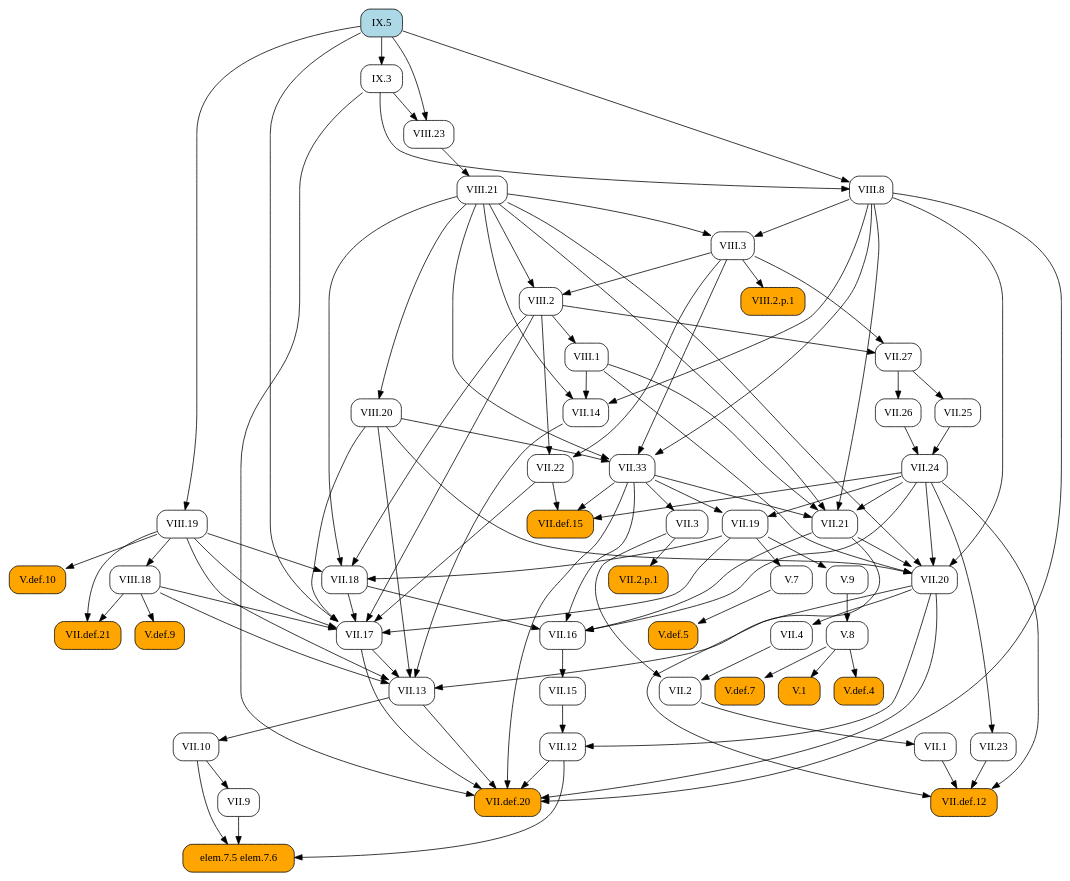
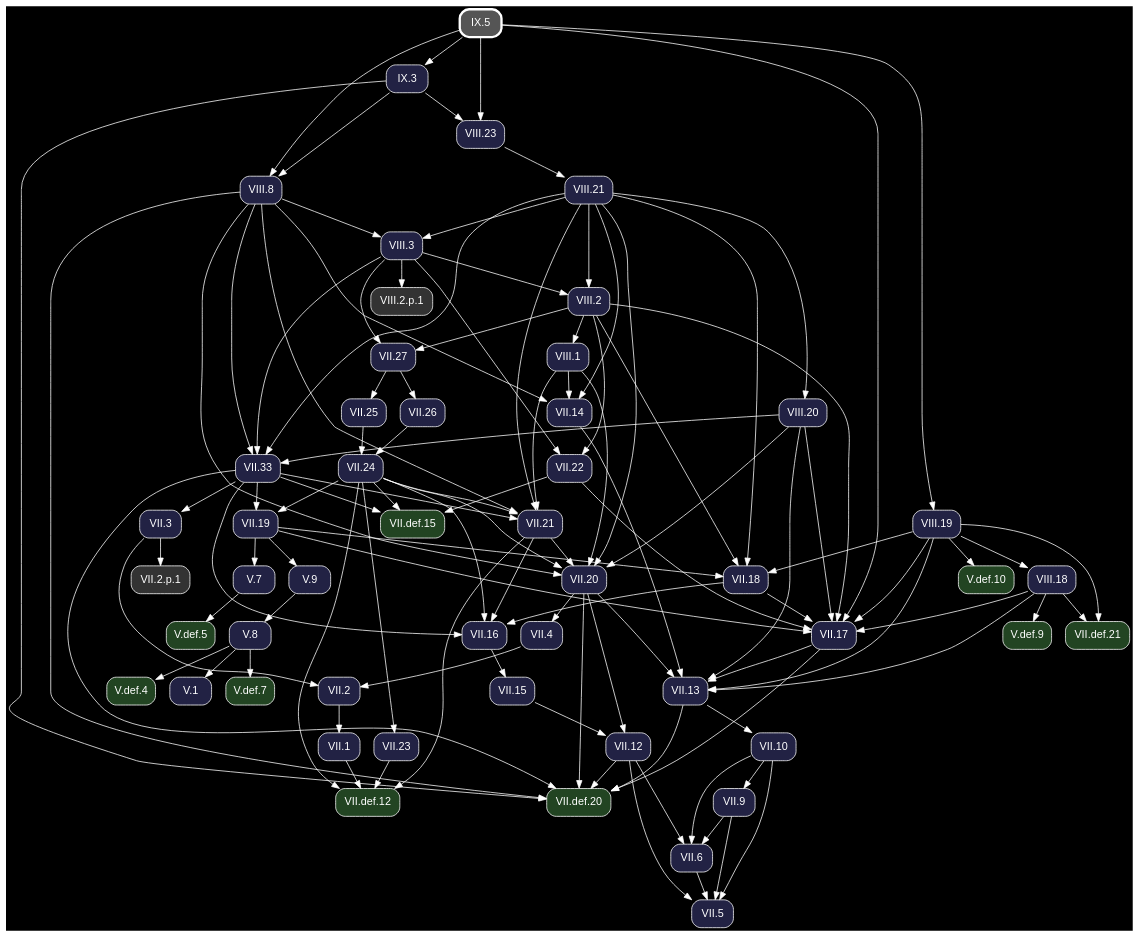
The diagram in docsrc/heath/IX/5/index.rst (geometor/elements), drawn with Graphviz before and after one commit. The commit also changed other lines of this file and 1200 other files, not shown here.

Commit message:
update dependency graphs

```diff
--- a/docsrc/heath/IX/5/index.rst
+++ b/docsrc/heath/IX/5/index.rst
@@ -36,112 +36,71 @@
 .. graphviz::
 
    digraph {
+     bgcolor="black";
+     node [shape=box, style="rounded,filled", fontname="Helvetica", color="white", fontcolor="white"];
+     edge [color="white", fontcolor="white"];
      rankdir="TB";
-     node [shape=box, style=rounded];
-     "VII.33" [URL="/heath/VII/33/", target="_top"];
-     "VII.12" [URL="/heath/VII/12/", target="_top"];
-     "elem.7.5 elem.7.6" [style="rounded,filled", fillcolor=orange];
-     "VIII.20" [URL="/heath/VIII/20/", target="_top"];
-     "VII.9" [URL="/heath/VII/9/", target="_top"];
-     "VIII.2" [URL="/heath/VIII/2/", target="_top"];
-     "VII.18" [URL="/heath/VII/18/", target="_top"];
-     "VII.16" [URL="/heath/VII/16/", target="_top"];
-     "V.7" [URL="/heath/V/7/", target="_top"];
-     "VII.26" [URL="/heath/VII/26/", target="_top"];
-     "V.def.5" [style="rounded,filled", fillcolor=orange, URL="/heath/V/def.5/", target="_top"];
-     "V.9" [URL="/heath/V/9/", target="_top"];
-     "VIII.8" [URL="/heath/VIII/8/", target="_top"];
-     "VII.10" [URL="/heath/VII/10/", target="_top"];
-     "VIII.3" [URL="/heath/VIII/3/", target="_top"];
-     "VII.13" [URL="/heath/VII/13/", target="_top"];
-     "VIII.18" [URL="/heath/VIII/18/", target="_top"];
-     "VIII.23" [URL="/heath/VIII/23/", target="_top"];
-     "VII.def.15" [style="rounded,filled", fillcolor=orange, URL="/heath/VII/def.15/", target="_top"];
-     "VIII.19" [URL="/heath/VIII/19/", target="_top"];
-     "VII.17" [URL="/heath/VII/17/", target="_top"];
-     "VII.19" [URL="/heath/VII/19/", target="_top"];
-     "VIII.2.p.1" [style="rounded,filled", fillcolor=orange];
-     "VII.2" [URL="/heath/VII/2/", target="_top"];
-     "VII.def.20" [style="rounded,filled", fillcolor=orange, URL="/heath/VII/def.20/", target="_top"];
-     "VII.2.p.1" [style="rounded,filled", fillcolor=orange];
-     "VII.15" [URL="/heath/VII/15/", target="_top"];
-     "V.def.4" [style="rounded,filled", fillcolor=orange, URL="/heath/V/def.4/", target="_top"];
-     "V.def.7" [style="rounded,filled", fillcolor=orange, URL="/heath/V/def.7/", target="_top"];
-     "VIII.21" [URL="/heath/VIII/21/", target="_top"];
-     "VII.14" [URL="/heath/VII/14/", target="_top"];
-     "VII.27" [URL="/heath/VII/27/", target="_top"];
-     "VII.21" [URL="/heath/VII/21/", target="_top"];
-     "IX.5" [style="rounded,filled", fillcolor=lightblue, URL="/heath/IX/5/", target="_top"];
-     "V.def.10" [style="rounded,filled", fillcolor=orange, URL="/heath/V/def.10/", target="_top"];
-     "VII.22" [URL="/heath/VII/22/", target="_top"];
-     "VIII.1" [URL="/heath/VIII/1/", target="_top"];
-     "VII.25" [URL="/heath/VII/25/", target="_top"];
-     "VII.1" [URL="/heath/VII/1/", target="_top"];
-     "V.8" [URL="/heath/V/8/", target="_top"];
-     "VII.23" [URL="/heath/VII/23/", target="_top"];
-     "VII.4" [URL="/heath/VII/4/", target="_top"];
-     "VII.def.12" [style="rounded,filled", fillcolor=orange, URL="/heath/VII/def.12/", target="_top"];
-     "V.1" [style="rounded,filled", fillcolor=orange, URL="/heath/V/1/", target="_top"];
-     "V.def.9" [style="rounded,filled", fillcolor=orange, URL="/heath/V/def.9/", target="_top"];
-     "VII.3" [URL="/heath/VII/3/", target="_top"];
-     "VII.24" [URL="/heath/VII/24/", target="_top"];
-     "VII.20" [URL="/heath/VII/20/", target="_top"];
-     "IX.3" [URL="/heath/IX/3/", target="_top"];
-     "VII.def.21" [style="rounded,filled", fillcolor=orange, URL="/heath/VII/def.21/", target="_top"];
+     "VII.33" [fillcolor="#222244", URL="/heath/VII/33/", target="_top"];
+     "V.def.5" [fillcolor="#224422", URL="/heath/V/def.5/", target="_top"];
+     "V.def.9" [fillcolor="#224422", URL="/heath/V/def.9/", target="_top"];
+     "IX.5" [penwidth=3, color="white", fillcolor="#555555", URL="/heath/IX/5/", target="_top"];
+     "VII.18" [fillcolor="#222244", URL="/heath/VII/18/", target="_top"];
+     "VII.2" [fillcolor="#222244", URL="/heath/VII/2/", target="_top"];
+     "VII.def.20" [fillcolor="#224422", URL="/heath/VII/def.20/", target="_top"];
+     "VIII.8" [fillcolor="#222244", URL="/heath/VIII/8/", target="_top"];
+     "VIII.21" [fillcolor="#222244", URL="/heath/VIII/21/", target="_top"];
+     "VII.26" [fillcolor="#222244", URL="/heath/VII/26/", target="_top"];
+     "VII.1" [fillcolor="#222244", URL="/heath/VII/1/", target="_top"];
+     "VII.13" [fillcolor="#222244", URL="/heath/VII/13/", target="_top"];
+     "VIII.2.p.1" [fillcolor="#333333"];
+     "VII.27" [fillcolor="#222244", URL="/heath/VII/27/", target="_top"];
+     "VII.4" [fillcolor="#222244", URL="/heath/VII/4/", target="_top"];
+     "IX.3" [fillcolor="#222244", URL="/heath/IX/3/", target="_top"];
+     "VII.25" [fillcolor="#222244", URL="/heath/VII/25/", target="_top"];
+     "V.def.10" [fillcolor="#224422", URL="/heath/V/def.10/", target="_top"];
+     "VIII.20" [fillcolor="#222244", URL="/heath/VIII/20/", target="_top"];
+     "VII.21" [fillcolor="#222244", URL="/heath/VII/21/", target="_top"];
+     "VII.9" [fillcolor="#222244", URL="/heath/VII/9/", target="_top"];
+     "V.7" [fillcolor="#222244", URL="/heath/V/7/", target="_top"];
+     "VII.12" [fillcolor="#222244", URL="/heath/VII/12/", target="_top"];
+     "V.9" [fillcolor="#222244", URL="/heath/V/9/", target="_top"];
+     "VII.17" [fillcolor="#222244", URL="/heath/VII/17/", target="_top"];
+     "VII.24" [fillcolor="#222244", URL="/heath/VII/24/", target="_top"];
+     "VII.22" [fillcolor="#222244", URL="/heath/VII/22/", target="_top"];
+     "VIII.2" [fillcolor="#222244", URL="/heath/VIII/2/", target="_top"];
+     "V.def.7" [fillcolor="#224422", URL="/heath/V/def.7/", target="_top"];
+     "VII.20" [fillcolor="#222244", URL="/heath/VII/20/", target="_top"];
+     "V.def.4" [fillcolor="#224422", URL="/heath/V/def.4/", target="_top"];
+     "VIII.18" [fillcolor="#222244", URL="/heath/VIII/18/", target="_top"];
+     "VII.5" [fillcolor="#222244", URL="/heath/VII/5/", target="_top"];
+     "VIII.23" [fillcolor="#222244", URL="/heath/VIII/23/", target="_top"];
+     "VII.def.15" [fillcolor="#224422", URL="/heath/VII/def.15/", target="_top"];
+     "VIII.3" [fillcolor="#222244", URL="/heath/VIII/3/", target="_top"];
+     "VII.2.p.1" [fillcolor="#333333"];
+     "VII.6" [fillcolor="#222244", URL="/heath/VII/6/", target="_top"];
+     "VII.16" [fillcolor="#222244", URL="/heath/VII/16/", target="_top"];
+     "VII.15" [fillcolor="#222244", URL="/heath/VII/15/", target="_top"];
+     "V.1" [fillcolor="#222244", URL="/heath/V/1/", target="_top"];
+     "VII.10" [fillcolor="#222244", URL="/heath/VII/10/", target="_top"];
+     "VIII.19" [fillcolor="#222244", URL="/heath/VIII/19/", target="_top"];
+     "VII.23" [fillcolor="#222244", URL="/heath/VII/23/", target="_top"];
+     "VII.def.12" [fillcolor="#224422", URL="/heath/VII/def.12/", target="_top"];
+     "VII.def.21" [fillcolor="#224422", URL="/heath/VII/def.21/", target="_top"];
+     "VII.19" [fillcolor="#222244", URL="/heath/VII/19/", target="_top"];
+     "VIII.1" [fillcolor="#222244", URL="/heath/VIII/1/", target="_top"];
+     "V.8" [fillcolor="#222244", URL="/heath/V/8/", target="_top"];
+     "VII.3" [fillcolor="#222244", URL="/heath/VII/3/", target="_top"];
+     "VII.14" [fillcolor="#222244", URL="/heath/VII/14/", target="_top"];
      "VIII.3" -> "VII.33";
      "VIII.8" -> "VII.33";
      "VIII.20" -> "VII.33";
      "VIII.21" -> "VII.33";
-     "VII.15" -> "VII.12";
-     "VII.20" -> "VII.12";
-     "VII.9" -> "elem.7.5 elem.7.6";
-     "VII.10" -> "elem.7.5 elem.7.6";
-     "VII.12" -> "elem.7.5 elem.7.6";
-     "VIII.21" -> "VIII.20";
-     "VII.10" -> "VII.9";
-     "VIII.3" -> "VIII.2";
-     "VIII.21" -> "VIII.2";
+     "V.7" -> "V.def.5";
+     "VIII.18" -> "V.def.9";
      "VII.19" -> "VII.18";
      "VIII.2" -> "VII.18";
      "VIII.19" -> "VII.18";
      "VIII.21" -> "VII.18";
-     "VII.18" -> "VII.16";
-     "VII.21" -> "VII.16";
-     "VII.24" -> "VII.16";
-     "VII.33" -> "VII.16";
-     "VII.19" -> "V.7";
-     "VII.27" -> "VII.26";
-     "V.7" -> "V.def.5";
-     "VII.19" -> "V.9";
-     "IX.3" -> "VIII.8";
-     "IX.5" -> "VIII.8";
-     "VII.13" -> "VII.10";
-     "VIII.8" -> "VIII.3";
-     "VIII.21" -> "VIII.3";
-     "VII.14" -> "VII.13";
-     "VII.17" -> "VII.13";
-     "VII.20" -> "VII.13";
-     "VIII.18" -> "VII.13";
-     "VIII.19" -> "VII.13";
-     "VIII.20" -> "VII.13";
-     "VIII.19" -> "VIII.18";
-     "IX.3" -> "VIII.23";
-     "IX.5" -> "VIII.23";
-     "VII.22" -> "VII.def.15";
-     "VII.24" -> "VII.def.15";
-     "VII.33" -> "VII.def.15";
-     "IX.5" -> "VIII.19";
-     "VII.18" -> "VII.17";
-     "VII.19" -> "VII.17";
-     "VII.22" -> "VII.17";
-     "VIII.2" -> "VII.17";
-     "VIII.18" -> "VII.17";
-     "VIII.19" -> "VII.17";
-     "VIII.20" -> "VII.17";
-     "IX.5" -> "VII.17";
-     "VII.24" -> "VII.19";
-     "VII.33" -> "VII.19";
-     "VIII.3" -> "VIII.2.p.1";
      "VII.3" -> "VII.2";
      "VII.4" -> "VII.2";
      "VII.12" -> "VII.def.20";
@@ -151,46 +110,94 @@
      "VII.33" -> "VII.def.20";
      "VIII.8" -> "VII.def.20";
      "IX.3" -> "VII.def.20";
-     "VII.3" -> "VII.2.p.1";
-     "VII.16" -> "VII.15";
-     "V.8" -> "V.def.4";
-     "V.8" -> "V.def.7";
+     "IX.3" -> "VIII.8";
+     "IX.5" -> "VIII.8";
      "VIII.23" -> "VIII.21";
-     "VIII.1" -> "VII.14";
-     "VIII.8" -> "VII.14";
-     "VIII.21" -> "VII.14";
+     "VII.27" -> "VII.26";
+     "VII.2" -> "VII.1";
+     "VII.14" -> "VII.13";
+     "VII.17" -> "VII.13";
+     "VII.20" -> "VII.13";
+     "VIII.18" -> "VII.13";
+     "VIII.19" -> "VII.13";
+     "VIII.20" -> "VII.13";
+     "VIII.3" -> "VIII.2.p.1";
      "VIII.2" -> "VII.27";
      "VIII.3" -> "VII.27";
+     "VII.20" -> "VII.4";
+     "IX.5" -> "IX.3";
+     "VII.27" -> "VII.25";
+     "VIII.19" -> "V.def.10";
+     "VIII.21" -> "VIII.20";
      "VII.24" -> "VII.21";
      "VII.33" -> "VII.21";
      "VIII.1" -> "VII.21";
      "VIII.8" -> "VII.21";
      "VIII.21" -> "VII.21";
-     "VIII.19" -> "V.def.10";
+     "VII.10" -> "VII.9";
+     "VII.19" -> "V.7";
+     "VII.15" -> "VII.12";
+     "VII.20" -> "VII.12";
+     "VII.19" -> "V.9";
+     "VII.18" -> "VII.17";
+     "VII.19" -> "VII.17";
+     "VII.22" -> "VII.17";
+     "VIII.2" -> "VII.17";
+     "VIII.18" -> "VII.17";
+     "VIII.19" -> "VII.17";
+     "VIII.20" -> "VII.17";
+     "IX.5" -> "VII.17";
+     "VII.25" -> "VII.24";
+     "VII.26" -> "VII.24";
      "VIII.2" -> "VII.22";
      "VIII.3" -> "VII.22";
-     "VIII.2" -> "VIII.1";
-     "VII.27" -> "VII.25";
-     "VII.2" -> "VII.1";
-     "V.9" -> "V.8";
-     "VII.24" -> "VII.23";
-     "VII.20" -> "VII.4";
-     "VII.1" -> "VII.def.12";
-     "VII.21" -> "VII.def.12";
-     "VII.23" -> "VII.def.12";
-     "VII.24" -> "VII.def.12";
-     "V.8" -> "V.1";
-     "VIII.18" -> "V.def.9";
-     "VII.33" -> "VII.3";
-     "VII.25" -> "VII.24";
-     "VII.26" -> "VII.24";
+     "VIII.3" -> "VIII.2";
+     "VIII.21" -> "VIII.2";
+     "V.8" -> "V.def.7";
      "VII.21" -> "VII.20";
      "VII.24" -> "VII.20";
      "VIII.1" -> "VII.20";
      "VIII.8" -> "VII.20";
      "VIII.20" -> "VII.20";
      "VIII.21" -> "VII.20";
-     "IX.5" -> "IX.3";
+     "V.8" -> "V.def.4";
+     "VIII.19" -> "VIII.18";
+     "VII.6" -> "VII.5";
+     "VII.9" -> "VII.5";
+     "VII.10" -> "VII.5";
+     "VII.12" -> "VII.5";
+     "IX.3" -> "VIII.23";
+     "IX.5" -> "VIII.23";
+     "VII.22" -> "VII.def.15";
+     "VII.24" -> "VII.def.15";
+     "VII.33" -> "VII.def.15";
+     "VIII.8" -> "VIII.3";
+     "VIII.21" -> "VIII.3";
+     "VII.3" -> "VII.2.p.1";
+     "VII.9" -> "VII.6";
+     "VII.10" -> "VII.6";
+     "VII.12" -> "VII.6";
+     "VII.18" -> "VII.16";
+     "VII.21" -> "VII.16";
+     "VII.24" -> "VII.16";
+     "VII.33" -> "VII.16";
+     "VII.16" -> "VII.15";
+     "V.8" -> "V.1";
+     "VII.13" -> "VII.10";
+     "IX.5" -> "VIII.19";
+     "VII.24" -> "VII.23";
+     "VII.1" -> "VII.def.12";
+     "VII.21" -> "VII.def.12";
+     "VII.23" -> "VII.def.12";
+     "VII.24" -> "VII.def.12";
      "VIII.18" -> "VII.def.21";
      "VIII.19" -> "VII.def.21";
+     "VII.24" -> "VII.19";
+     "VII.33" -> "VII.19";
+     "VIII.2" -> "VIII.1";
+     "V.9" -> "V.8";
+     "VII.33" -> "VII.3";
+     "VIII.1" -> "VII.14";
+     "VIII.8" -> "VII.14";
+     "VIII.21" -> "VII.14";
    }
```
